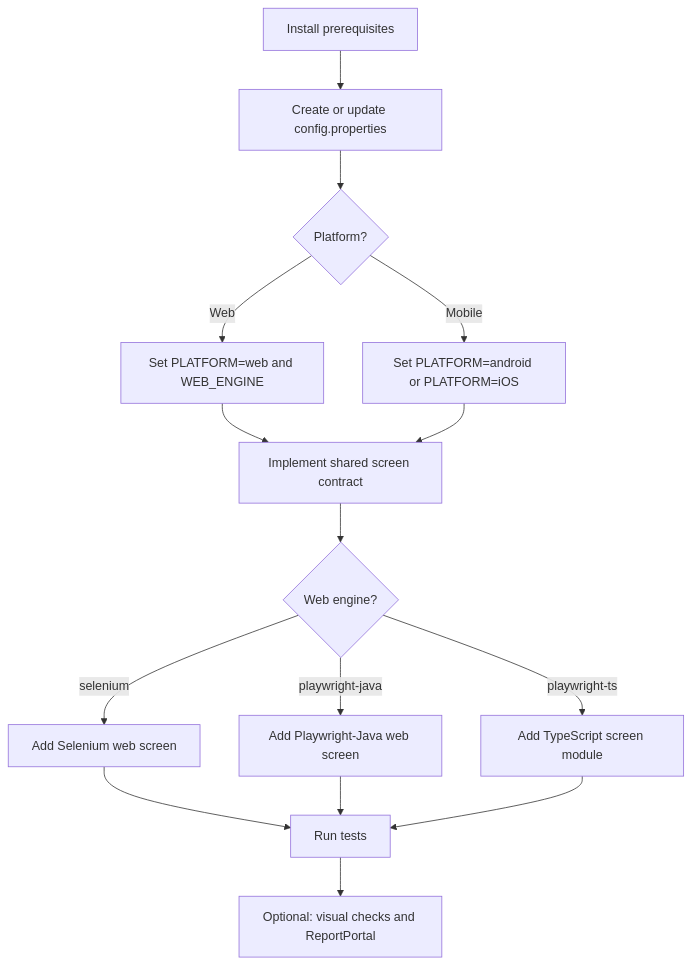
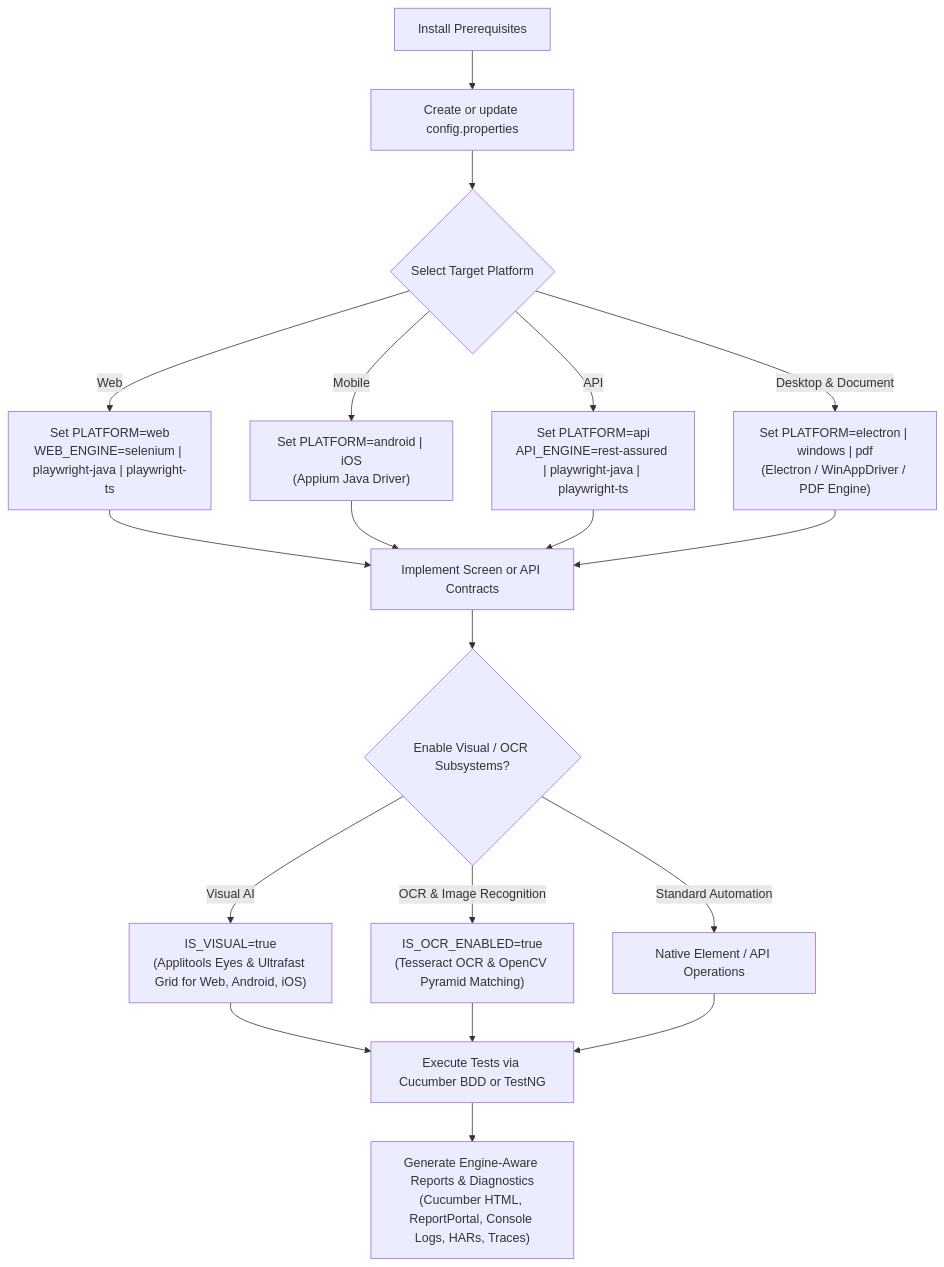
The first of 2 diagrams in README.md (anandbagmar/teswiz), drawn with Mermaid before and after one commit. The commit also changed other lines of this file and 4 other files, not shown here.

First line of the commit message:
Update architecture diagrams across documentation

````diff
--- a/README.md
+++ b/README.md
@@ -57,17 +57,26 @@
 ```mermaid
 flowchart TD
-    A["Install prerequisites"] --> B["Create or update config.properties"]
-    B --> C{"Platform?"}
-    C -->|Web| D["Set PLATFORM=web and WEB_ENGINE"]
-    C -->|Mobile| E["Set PLATFORM=android or PLATFORM=iOS"]
-    D --> F["Implement shared screen contract"]
-    E --> F
-    F --> G{"Web engine?"}
-    G -->|selenium| H["Add Selenium web screen"]
-    G -->|playwright-java| I["Add Playwright-Java web screen"]
-    G -->|playwright-ts| J["Add TypeScript screen module"]
-    H --> K["Run tests"]
-    I --> K
-    J --> K
-    K --> L["Optional: visual checks and ReportPortal"]
+    A["Install Prerequisites"] --> B["Create or update config.properties"]
+    B --> C{"Select Target Platform"}
+    
+    C -->|Web| D1["Set PLATFORM=web<br/>WEB_ENGINE=selenium | playwright-java | playwright-ts"]
+    C -->|Mobile| D2["Set PLATFORM=android | iOS<br/>(Appium Java Driver)"]
+    C -->|API| D3["Set PLATFORM=api<br/>API_ENGINE=rest-assured | playwright-java | playwright-ts"]
+    C -->|Desktop & Document| D4["Set PLATFORM=electron | windows | pdf<br/>(Electron / WinAppDriver / PDF Engine)"]
+
+    D1 --> E["Implement Screen or API Contracts"]
+    D2 --> E
+    D3 --> E
+    D4 --> E
+
+    E --> F{"Enable Visual / OCR Subsystems?"}
+    F -->|Visual AI| G1["IS_VISUAL=true<br/>(Applitools Eyes & Ultrafast Grid for Web, Android, iOS)"]
+    F -->|OCR & Image Recognition| G2["IS_OCR_ENABLED=true<br/>(Tesseract OCR & OpenCV Pyramid Matching)"]
+    F -->|Standard Automation| G3["Native Element / API Operations"]
+
+    G1 --> H["Execute Tests via Cucumber BDD or TestNG"]
+    G2 --> H
+    G3 --> H
+
+    H --> I["Generate Engine-Aware Reports & Diagnostics<br/>(Cucumber HTML, ReportPortal, Console Logs, HARs, Traces)"]
 ```
````
